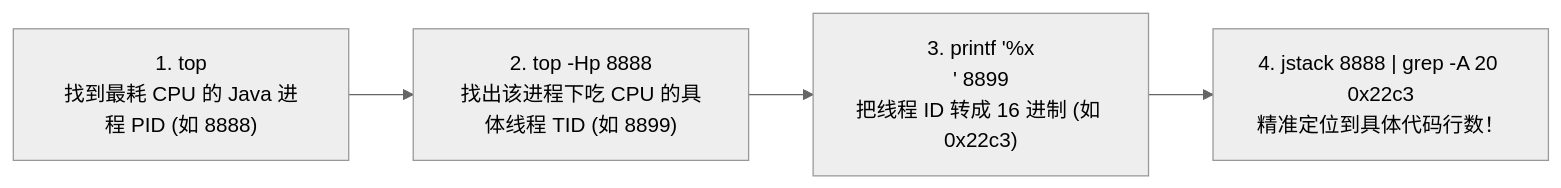
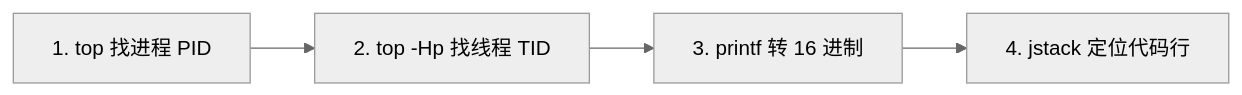
The diagram in 20-Java后端/03-并发编程/14-死锁与并发问题排查.md (GuoWWWX/knowledge-base), drawn with Mermaid (neutral theme) before and after one commit. The commit also changed other lines of this file and 234 other files, not shown here.

````diff
--- a/20-Java后端/03-并发编程/14-死锁与并发问题排查.md
+++ b/20-Java后端/03-并发编程/14-死锁与并发问题排查.md
@@ -138,6 +174,6 @@
 ```mermaid
 flowchart LR
-    S1["1. top<br/>找到最耗 CPU 的 Java 进程 PID (如 8888)"] --> S2["2. top -Hp 8888<br/>找出该进程下吃 CPU 的具体线程 TID (如 8899)"]
-    S2 --> S3["3. printf '%x\n' 8899<br/>把线程 ID 转成 16 进制 (如 0x22c3)"]
-    S3 --> S4["4. jstack 8888 | grep -A 20 0x22c3<br/>精准定位到具体代码行数！"]
+    A["1. top 找进程 PID"] --> B["2. top -Hp 找线程 TID"]
+    B --> C["3. printf 转 16 进制"]
+    C --> D["4. jstack 定位代码行"]
 ```
````
